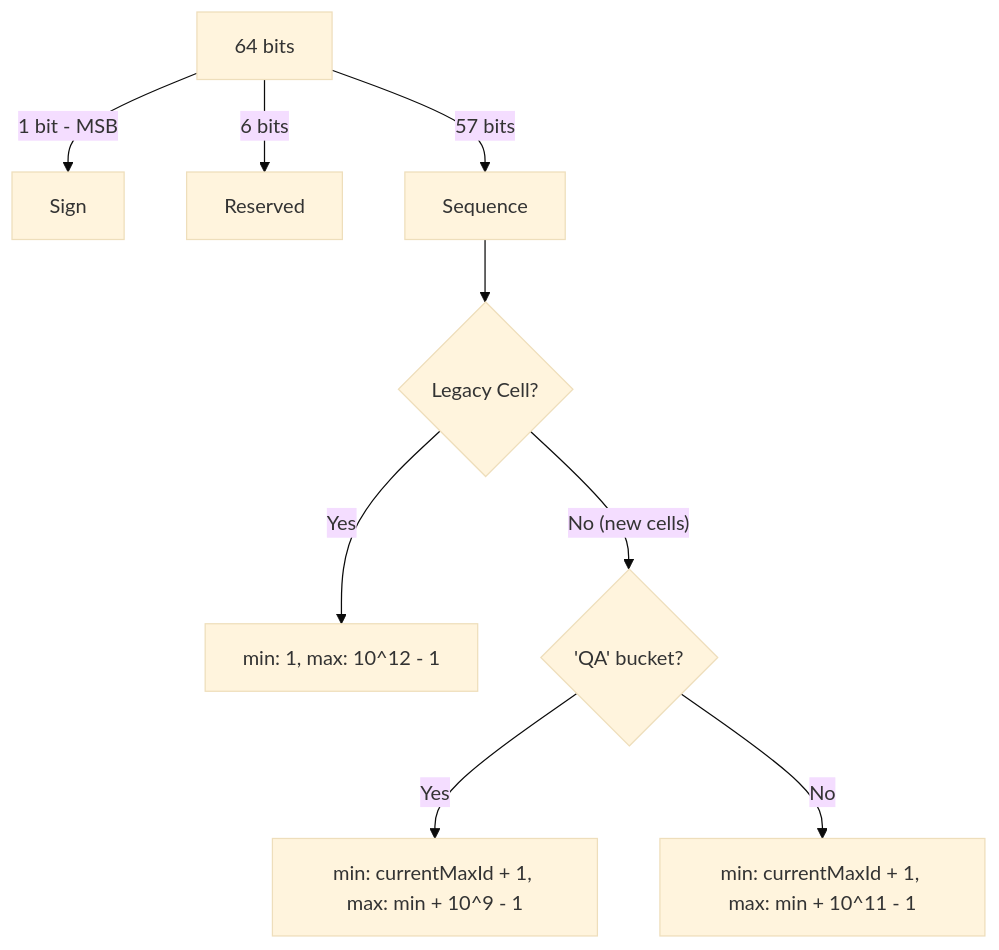
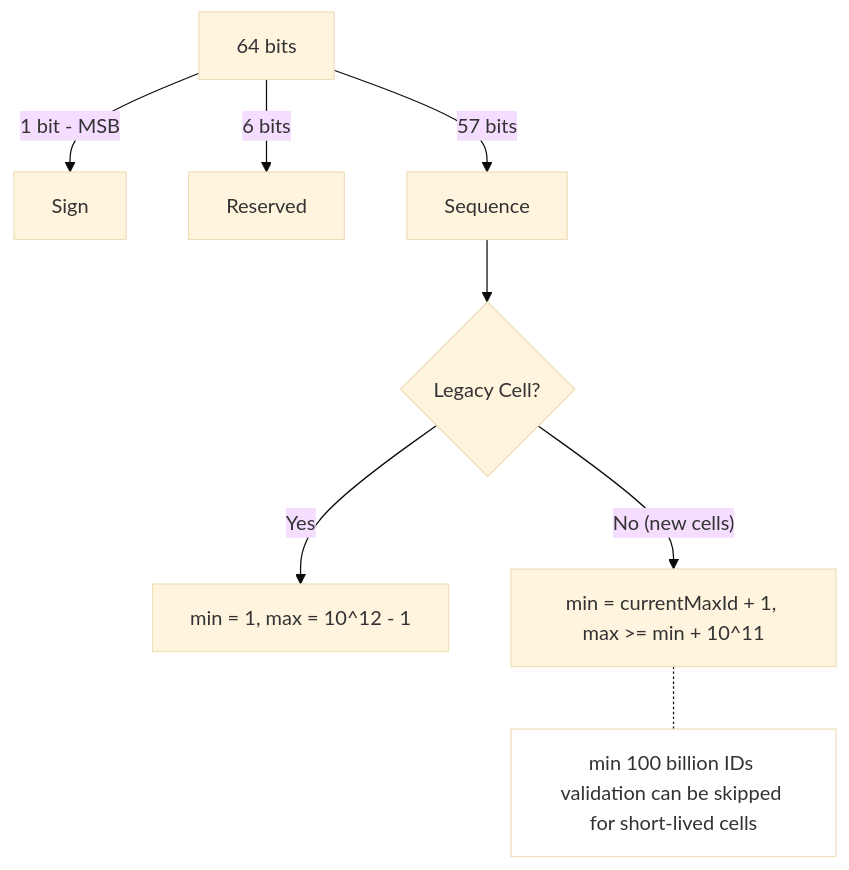
Before and after one commit to zalyoung/gitlab-handbook: the second of 9 diagrams in content/handbook/engineering/architecture/design-documents/cells/topology_service.md, drawn with Mermaid (base theme). The commit also changed other lines of this file, not shown here.

Commit message:
Update sequence-range docs with new changes (env based bounds)

````diff
--- a/content/handbook/engineering/architecture/design-documents/cells/topology_service.md
+++ b/content/handbook/engineering/architecture/design-documents/cells/topology_service.md
@@ -136,11 +136,11 @@
 ```mermaid
 flowchart TD
   A[64 bits] --> |1 bit - MSB| B[Sign]
   A -->|6 bits| C[Reserved]
   A -->|57 bits| D[Sequence]
   D --> E{Legacy Cell?}
-  E --> |Yes|F[min: 1, max: 10^12 - 1]
-  E --> |"No (new cells)"| G{'QA' bucket?}
-  G --> |Yes| H[min: currentMaxId + 1, max: min + 10^9 - 1]
-  G --> |No| I[min: currentMaxId + 1, max: min + 10^11 - 1]
+  E --> |Yes| F[min = 1, max = 10^12 - 1]
+  E --> |"No (new cells)"| G[min = currentMaxId + 1, max >= min + 10^11]
+  G -.- N["min 100 billion IDs validation can be skipped for short-lived cells"]
+  style N fill:none
 ```
````
